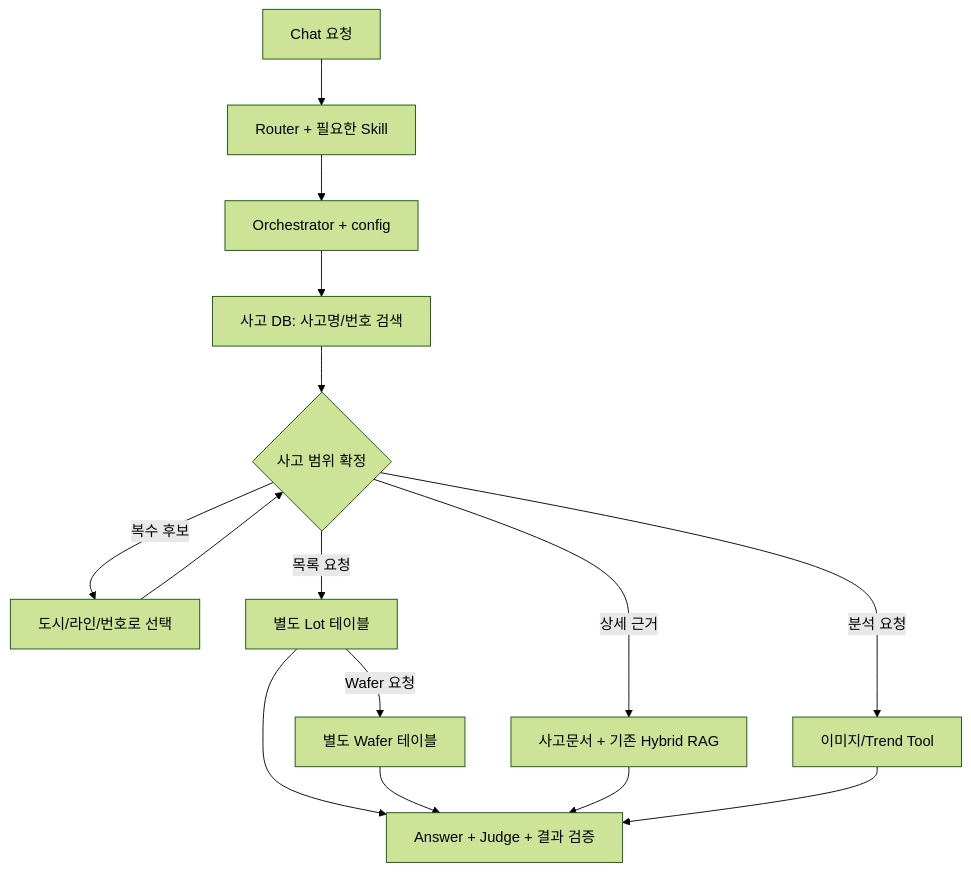
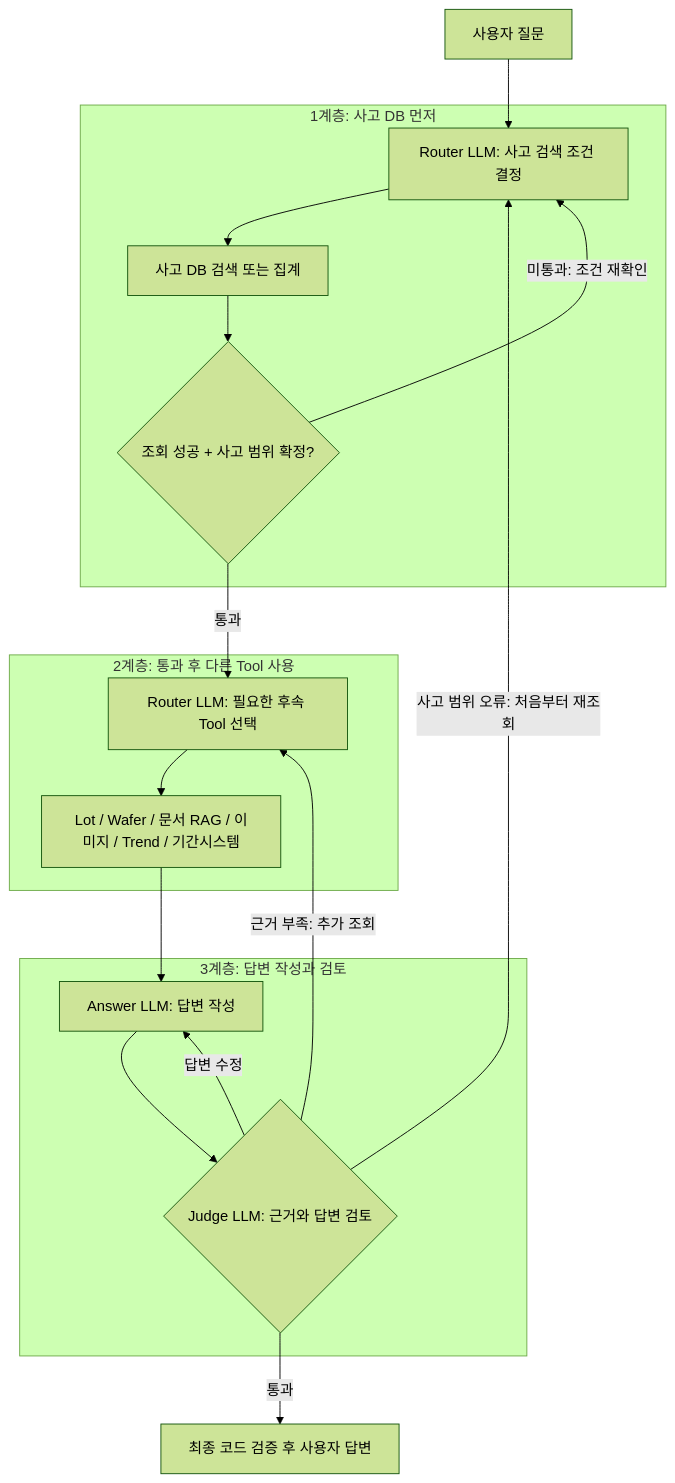
One commit to hogil/q-agent changed the diagram in docs/current/INCIDENT_LOT_WAFER.md. Above: the diagram before and after it, drawn with Mermaid (forest theme). The commit also changed 6 other files, not shown here.

First line of the commit message:
Show top-down incident-first hierarchy and Judge return paths

````diff
--- a/docs/current/INCIDENT_LOT_WAFER.md
+++ b/docs/current/INCIDENT_LOT_WAFER.md
@@ -5,17 +5,29 @@
 ```mermaid
-flowchart TD
-  U["Chat 요청"] --> R["Router + 필요한 Skill"]
-  R --> O["Orchestrator + config"]
-  O --> I["사고 DB: 사고명/번호 검색"]
-  I --> S{"사고 범위 확정"}
-  S -->|복수 후보| C["도시/라인/번호로 선택"]
-  C --> S
-  S -->|목록 요청| L["별도 Lot 테이블"]
-  L -->|Wafer 요청| W["별도 Wafer 테이블"]
-  S -->|상세 근거| D["사고문서 + 기존 Hybrid RAG"]
-  S -->|분석 요청| M["이미지/Trend Tool"]
-  L --> A["Answer + Judge + 결과 검증"]
-  W --> A
-  D --> A
-  M --> A
+flowchart TB
+    Q["사용자 질문"]
+    subgraph FIRST["1계층: 사고 DB 먼저"]
+        R1["Router LLM: 사고 검색 조건 결정"]
+        DB["사고 DB 검색 또는 집계"]
+        G{"조회 성공 + 사고 범위 확정?"}
+        R1 --> DB --> G
+    end
+    subgraph SECOND["2계층: 통과 후 다른 Tool 사용"]
+        R2["Router LLM: 필요한 후속 Tool 선택"]
+        T["Lot / Wafer / 문서 RAG / 이미지 / Trend / 기간시스템"]
+        R2 --> T
+    end
+    subgraph THIRD["3계층: 답변 작성과 검토"]
+        A["Answer LLM: 답변 작성"]
+        J{"Judge LLM: 근거와 답변 검토"}
+        A --> J
+    end
+    F["최종 코드 검증 후 사용자 답변"]
+    Q --> R1
+    G -->|통과| R2
+    G -->|미통과: 조건 재확인| R1
+    T --> A
+    J -->|근거 부족: 추가 조회| R2
+    J -->|사고 범위 오류: 처음부터 재조회| R1
+    J -->|답변 수정| A
+    J -->|통과| F
 ```
````
